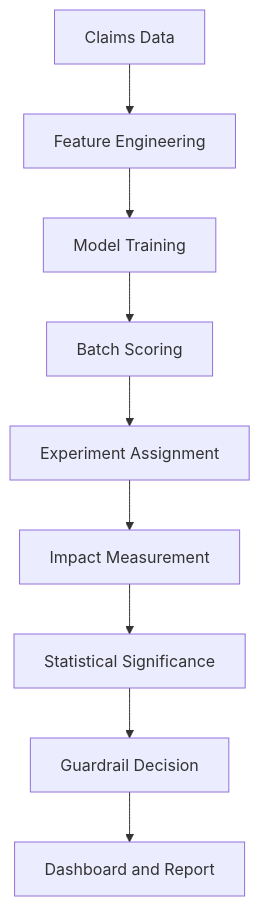
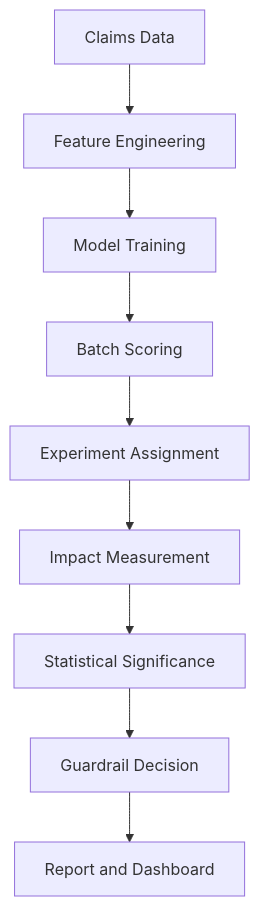
The diagram in README.md (Obok-obok/awesome-fds), drawn with Mermaid before and after one commit. The commit also changed other lines of this file, not shown here.

````diff
--- a/README.md
+++ b/README.md
@@ -23,11 +47,11 @@
 ```mermaid
 flowchart TD
 A[Claims Data] --> B[Feature Engineering]
 B --> C[Model Training]
 C --> D[Batch Scoring]
 D --> E[Experiment Assignment]
 E --> F[Impact Measurement]
 F --> G[Statistical Significance]
 G --> H[Guardrail Decision]
-H --> I[Dashboard and Report]
+H --> I[Report and Dashboard]
 ```
````
